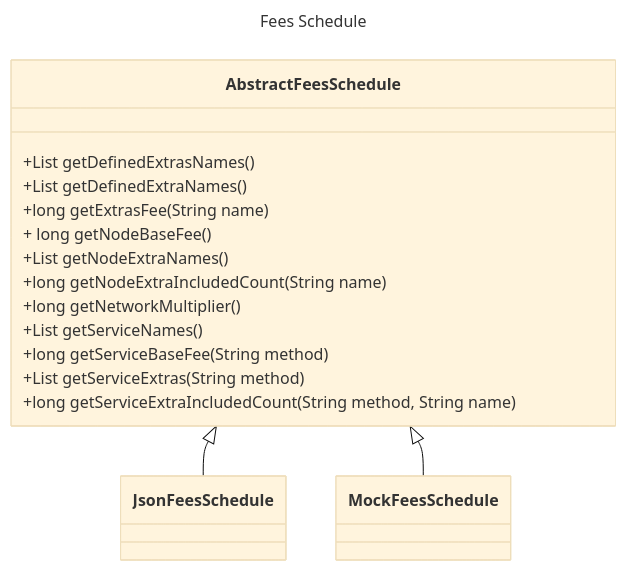
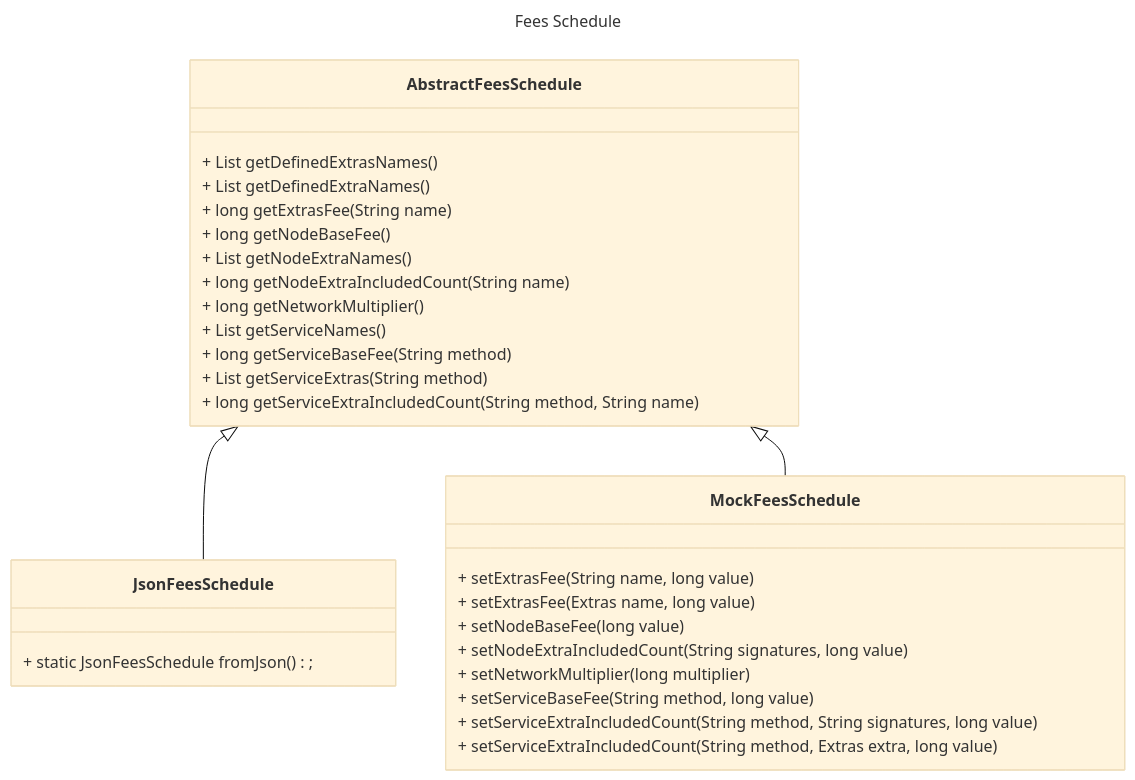
One commit to joshmarinacci/hiero-consensus-node changed the diagram in docs/simplefees/architecture.md. Above: the diagram before and after it, drawn with Mermaid (base theme).

Commit message:
more work on mermaid diagram

````diff
--- a/docs/simplefees/architecture.md
+++ b/docs/simplefees/architecture.md
@@ -8,23 +8,38 @@
 ```mermaid
 ---
 title: Fees Schedule
 ---
 classDiagram
     AbstractFeesSchedule <|-- JsonFeesSchedule
     AbstractFeesSchedule <|-- MockFeesSchedule
     
     class AbstractFeesSchedule {
-            +List getDefinedExtrasNames()
-            +List<String> getDefinedExtraNames()
-            +long getExtrasFee(String name)
-            + long getNodeBaseFee()
-            +List<String> getNodeExtraNames()
-            +long getNodeExtraIncludedCount(String name)
-            +long getNetworkMultiplier()
-            +List<String> getServiceNames()
-            +long getServiceBaseFee(String method)
-            +List<String> getServiceExtras(String method)
-            +long getServiceExtraIncludedCount(String method, String name)
+        + List getDefinedExtrasNames()
+        + List<String> getDefinedExtraNames()
+        + long getExtrasFee(String name)
+        + long getNodeBaseFee()
+        + List<String> getNodeExtraNames()
+        + long getNodeExtraIncludedCount(String name)
+        + long getNetworkMultiplier()
+        + List<String> getServiceNames()
+        + long getServiceBaseFee(String method)
+        + List<String> getServiceExtras(String method)
+        + long getServiceExtraIncludedCount(String method, String name)
+    }
+    
+    class JsonFeesSchedule {
+        + static JsonFeesSchedule fromJson();
+    }
+    
+    class MockFeesSchedule {
+        + setExtrasFee(String name, long value)
+        + setExtrasFee(Extras name, long value)
+        + setNodeBaseFee(long value)
+        + setNodeExtraIncludedCount(String signatures, long value)
+        + setNetworkMultiplier(long multiplier)
+        + setServiceBaseFee(String method, long value)
+        + setServiceExtraIncludedCount(String method, String signatures, long value)
+        + setServiceExtraIncludedCount(String method, Extras extra, long value)
     }
 
 ```
````
